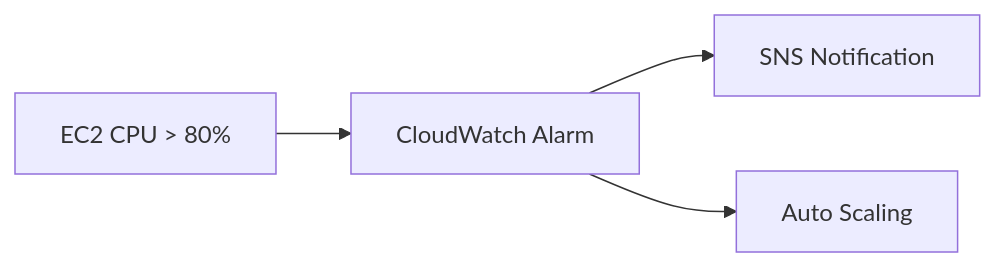
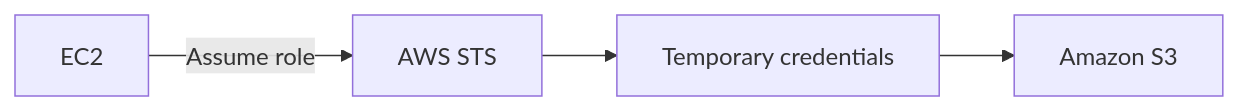
Before and after one commit to noir1458/noir1458.github.io: the third of 5 diagrams in content/posts/02.Security/aws/aws-ccp-2/index.md, drawn with Mermaid. The commit also changed other lines of this file and 4 other files, not shown here.

````diff
--- a/content/posts/02.Security/aws/aws-ccp-2/index.md
+++ b/content/posts/02.Security/aws/aws-ccp-2/index.md
@@ -578,6 +131,6 @@
 ```mermaid
 flowchart LR
-    EC2[EC2 CPU > 80%] --> CW[CloudWatch Alarm]
-    CW --> SNS[SNS Notification]
-    CW --> ASG[Auto Scaling]
+    E[EC2] -->|Assume role| STS[AWS STS]
+    STS --> T[Temporary credentials]
+    T --> S3[Amazon S3]
 ```
````
